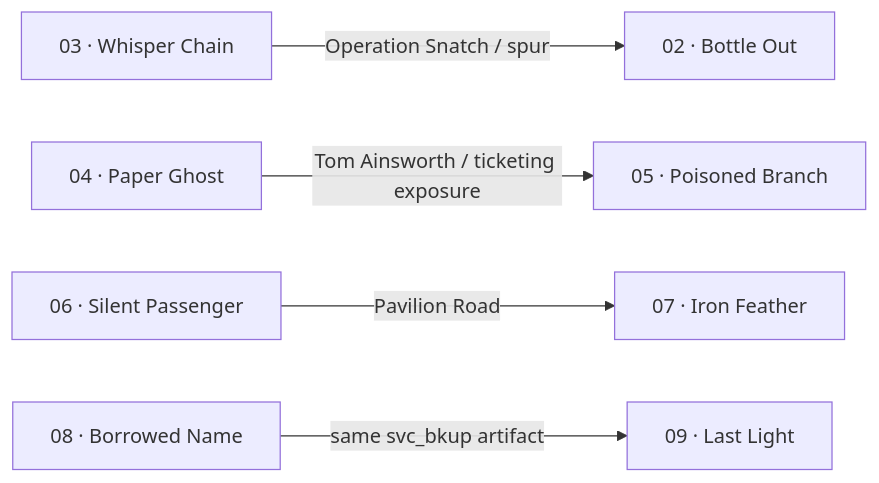
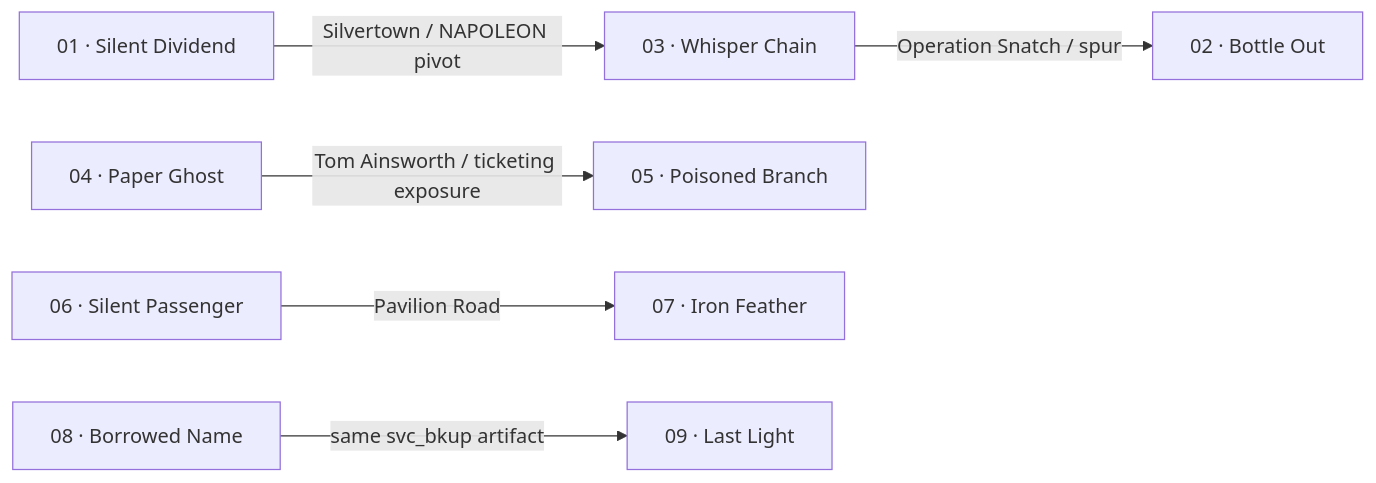
Before and after one commit to Michel-DV/holmes-ctf-2026-reichenbach-directive: the diagram in README.md, drawn with Mermaid. The commit also changed other lines of this file and 20 other files, not shown here.

````diff
--- a/README.md
+++ b/README.md
@@ -58,7 +52,8 @@
 ```mermaid
 flowchart LR
-    S03["03 · Whisper Chain"] -->|"Operation Snatch / spur"| S02["02 · Bottle Out"]
+    S01["01 · Silent Dividend"] -->|"Silvertown / NAPOLEON pivot"| S03["03 · Whisper Chain"]
+    S03 -->|"Operation Snatch / spur"| S02["02 · Bottle Out"]
     S04["04 · Paper Ghost"] -->|"Tom Ainsworth / ticketing exposure"| S05["05 · Poisoned Branch"]
     S06["06 · Silent Passenger"] -->|"Pavilion Road"| S07["07 · Iron Feather"]
     S08["08 · Borrowed Name"] -->|"same svc_bkup artifact"| S09["09 · Last Light"]
 ```
````
